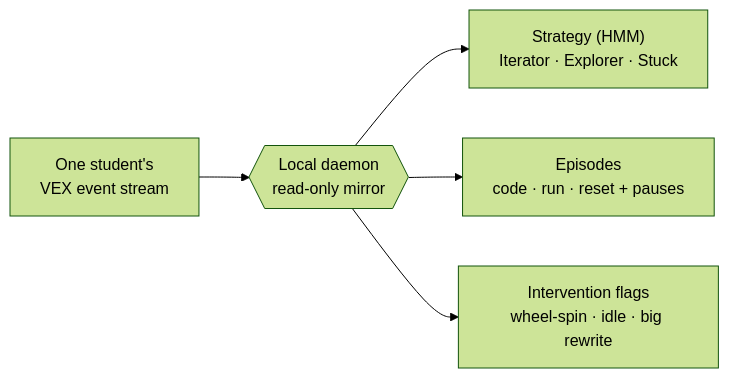
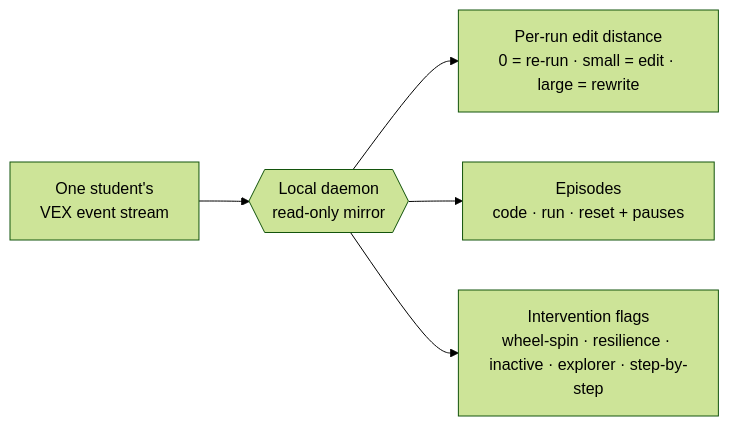
One commit to InviteInstitute/lm-dashboard changed the second of 2 diagrams in docs/index.md. Above: the diagram before and after it, drawn with Mermaid (forest theme). The commit also changed other lines of this file and 13 other files, not shown here.

First line of the commit message:
Rewrite docs for the edit-distance trigger model; add mkdocs to requirements

````diff
--- a/docs/index.md
+++ b/docs/index.md
@@ -40,7 +41,7 @@
 ```mermaid
 flowchart LR
     ev["One student's<br/>VEX event stream"] --> d{{"Local daemon<br/>read-only mirror"}}
-    d --> strat["Strategy (HMM)<br/>Iterator · Explorer · Stuck"]
+    d --> strat["Per-run edit distance<br/>0 = re-run · small = edit · large = rewrite"]
     d --> epi["Episodes<br/>code · run · reset + pauses"]
-    d --> flags["Intervention flags<br/>wheel-spin · idle · big rewrite"]
+    d --> flags["Intervention flags<br/>wheel-spin · resilience · inactive · explorer · step-by-step"]
 ```
````
